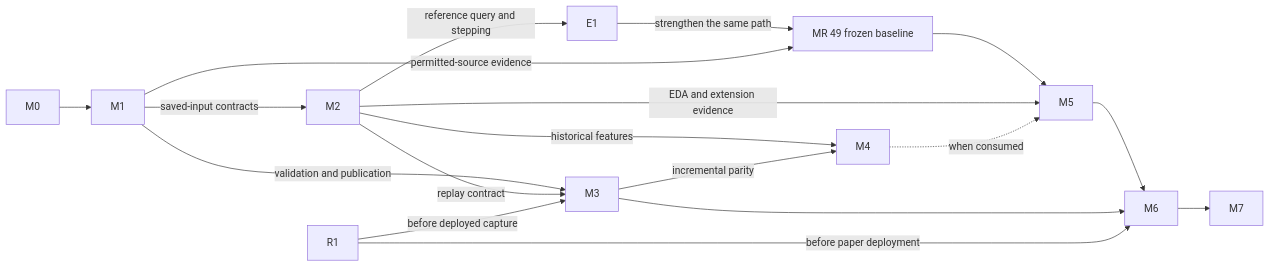
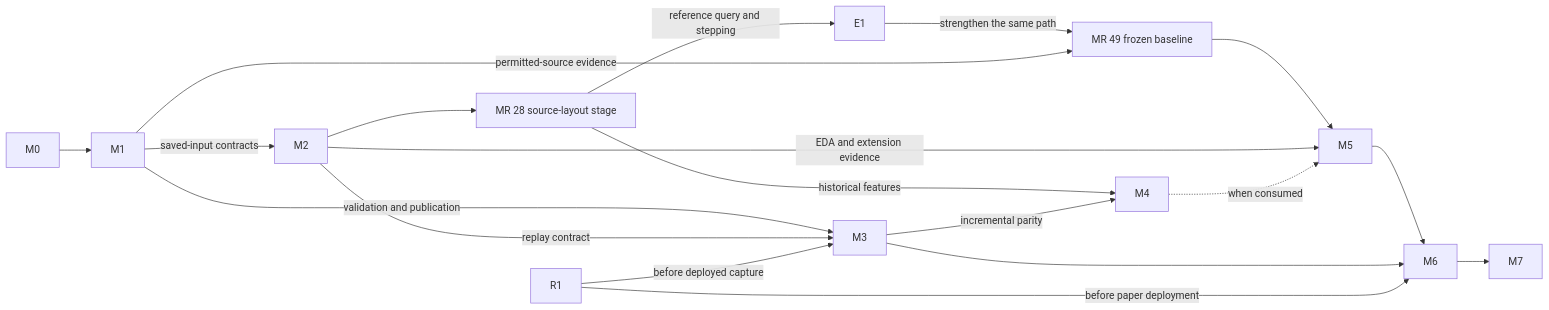
One commit to lixuanguang/alpha-research-lab-private changed the diagram in docs/roadmap/README.md. Above: the diagram before and after it, drawn with Mermaid. The commit also changed other lines of this file and 4 other files, not shown here.

````diff
--- a/docs/roadmap/README.md
+++ b/docs/roadmap/README.md
@@ -147,18 +189,19 @@
 ```mermaid
 flowchart LR
     M0 --> M1
     M1 -->|saved-input contracts| M2
-    M2 -->|reference query and stepping| E1
+    M2 --> L[MR 28 source-layout stage]
+    L -->|reference query and stepping| E1
     E1 -->|strengthen the same path| P1[MR 49 frozen baseline]
     M1 -->|permitted-source evidence| P1
     P1 --> M5 --> M6 --> M7
     M2 -->|EDA and extension evidence| M5
     M1 -->|validation and publication| M3
     M2 -->|replay contract| M3
-    M2 -->|historical features| M4
+    L -->|historical features| M4
     M3 -->|incremental parity| M4
     M4 -.->|when consumed| M5
     M3 --> M6
     R1 -->|before deployed capture| M3
     R1 -->|before paper deployment| M6
 ```
````
